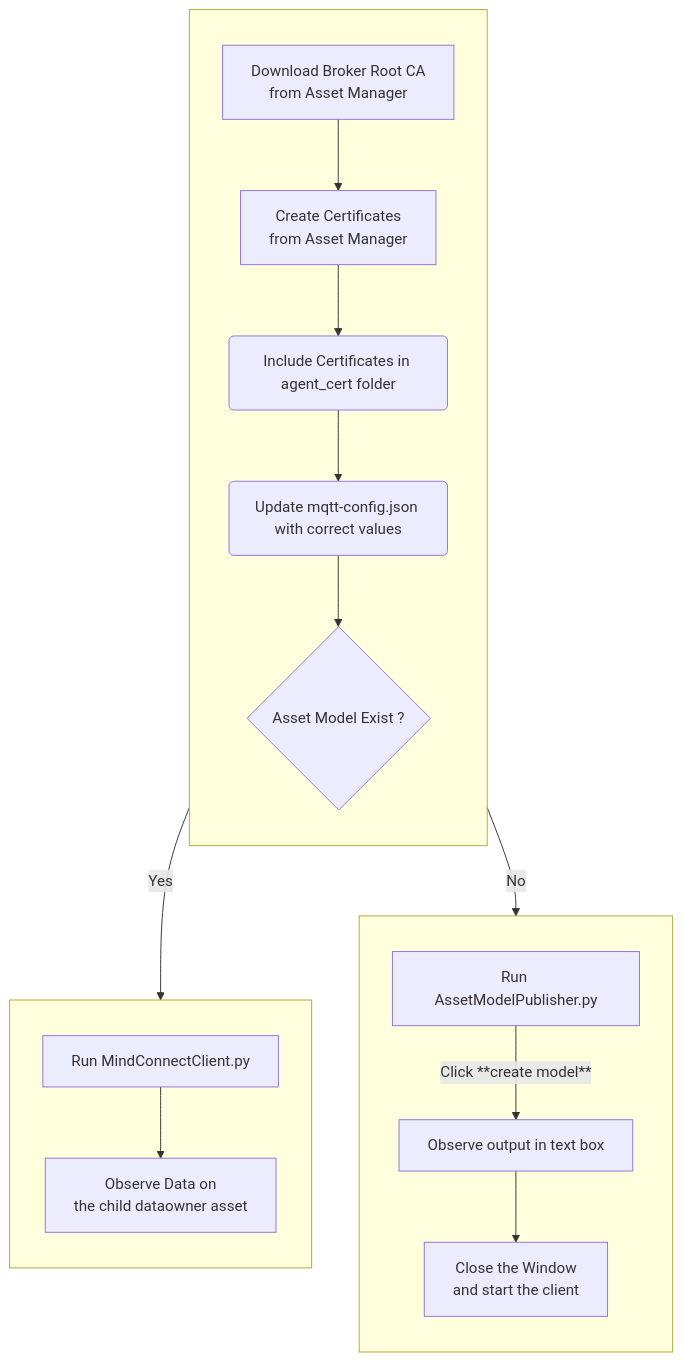
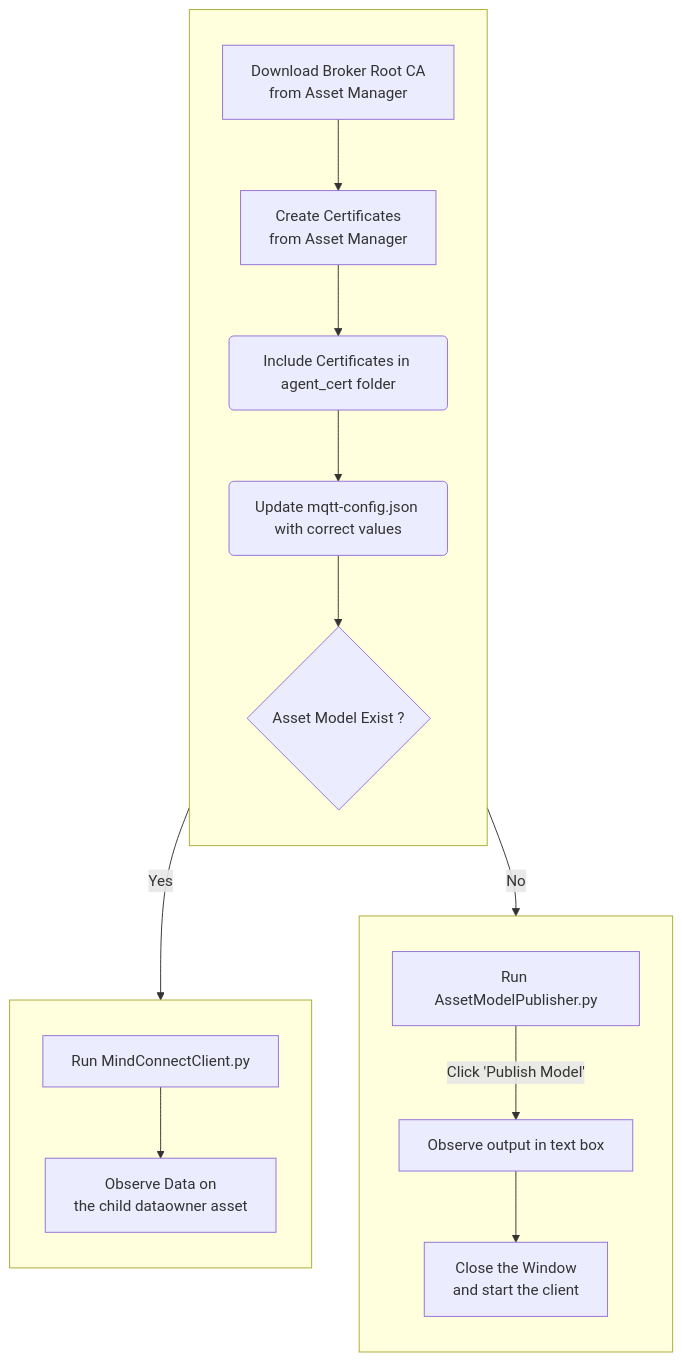
The diagram in README.md (mindsphere/mindconnect-mqtt), drawn with Mermaid before and after one commit. The commit also changed other lines of this file, not shown here.

````diff
--- a/README.md
+++ b/README.md
@@ -16,23 +16,23 @@
 ```mermaid
 flowchart TD
     subgraph Z[" "]
     direction TB
     J[Download Broker Root CA\nfrom Asset Manager] -->A
     A[Create Certificates \nfrom Asset Manager] -->B(Include Certificates in agent_cert folder)
     B --> C(Update mqtt-config.json with correct values)
     C--> D{Asset Model Exist ?}
     end
     subgraph X[" "]
     direction TB
     D -->|No| E[Run AssetModelPublisher.py]
-    E -->|Click **create model**| G[Observe output in text box]
+    E -->|Click 'Publish Model'| G[Observe output in text box]
     G --> H[Close the Window \n and start the client]
     
     end
     subgraph Y[" "]
     direction TB
     D -->|Yes| F[Run MindConnectClient.py]
     F --> I[Observe Data on \nthe child dataowner asset]
     end
     
 ```
````
